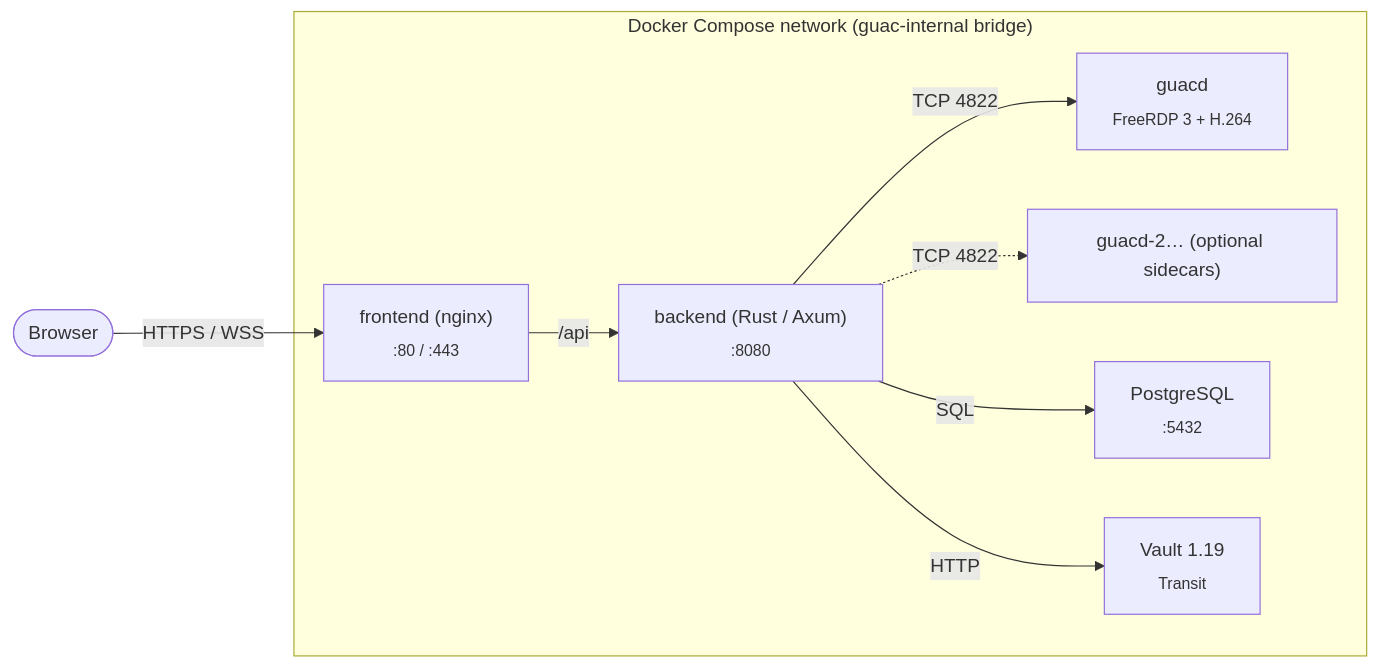
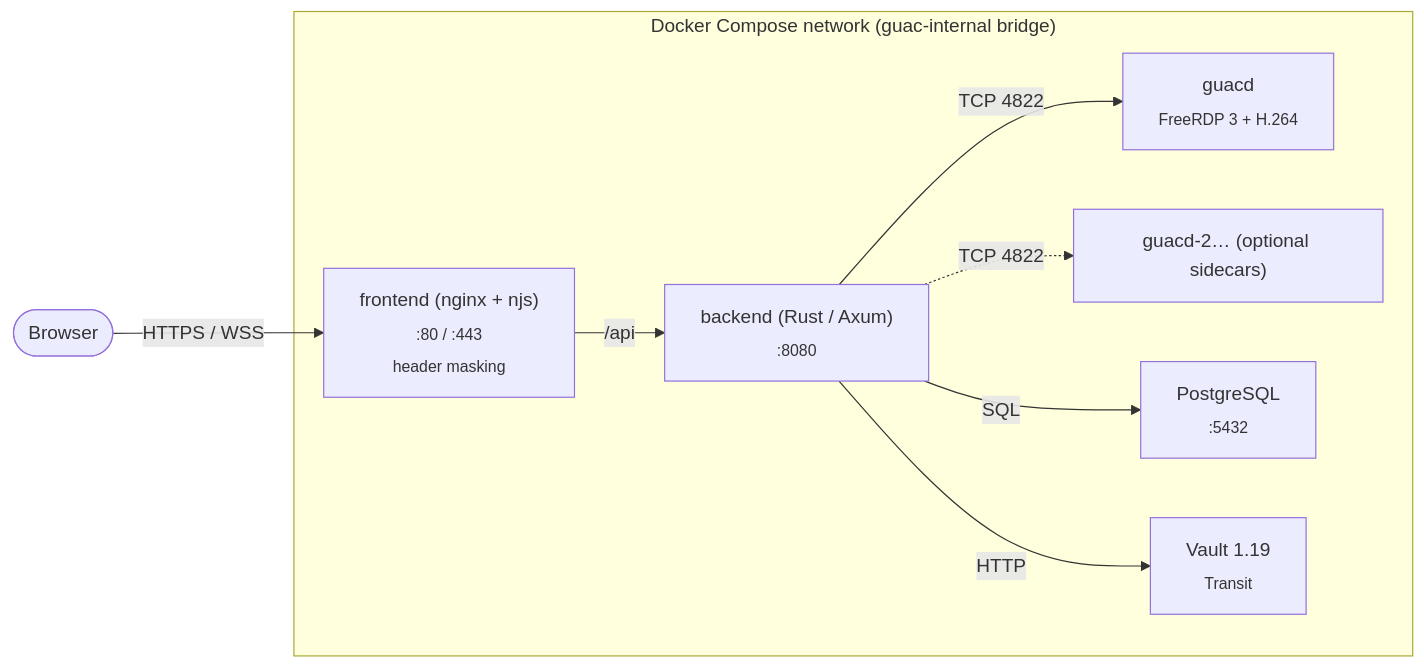
One commit to Bails309/strata-client changed the first of 8 diagrams in docs/architecture.md. Above: the diagram before and after it, drawn with Mermaid. The commit also changed other lines of this file and 50 other files, not shown here.

````diff
--- a/docs/architecture.md
+++ b/docs/architecture.md
@@ -7,18 +7,18 @@
 ```mermaid
 flowchart LR
     Browser([Browser])
     Browser -->|HTTPS / WSS| Frontend
     subgraph Net["Docker Compose network (guac-internal bridge)"]
-        Frontend["frontend (nginx)<br/><sub>:80 / :443</sub>"]
+        Frontend["frontend (nginx + njs)<br/><sub>:80 / :443<br/>header masking</sub>"]
         Backend["backend (Rust / Axum)<br/><sub>:8080</sub>"]
         Guacd["guacd<br/><sub>FreeRDP 3 + H.264</sub>"]
         Guacd2["guacd-2… (optional sidecars)"]
         Postgres["PostgreSQL<br/><sub>:5432</sub>"]
         Vault["Vault 1.19<br/><sub>Transit</sub>"]
         Frontend -->|/api| Backend
         Backend -->|TCP 4822| Guacd
         Backend -.->|TCP 4822| Guacd2
         Backend -->|SQL| Postgres
         Backend -->|HTTP| Vault
     end
 ```
````
